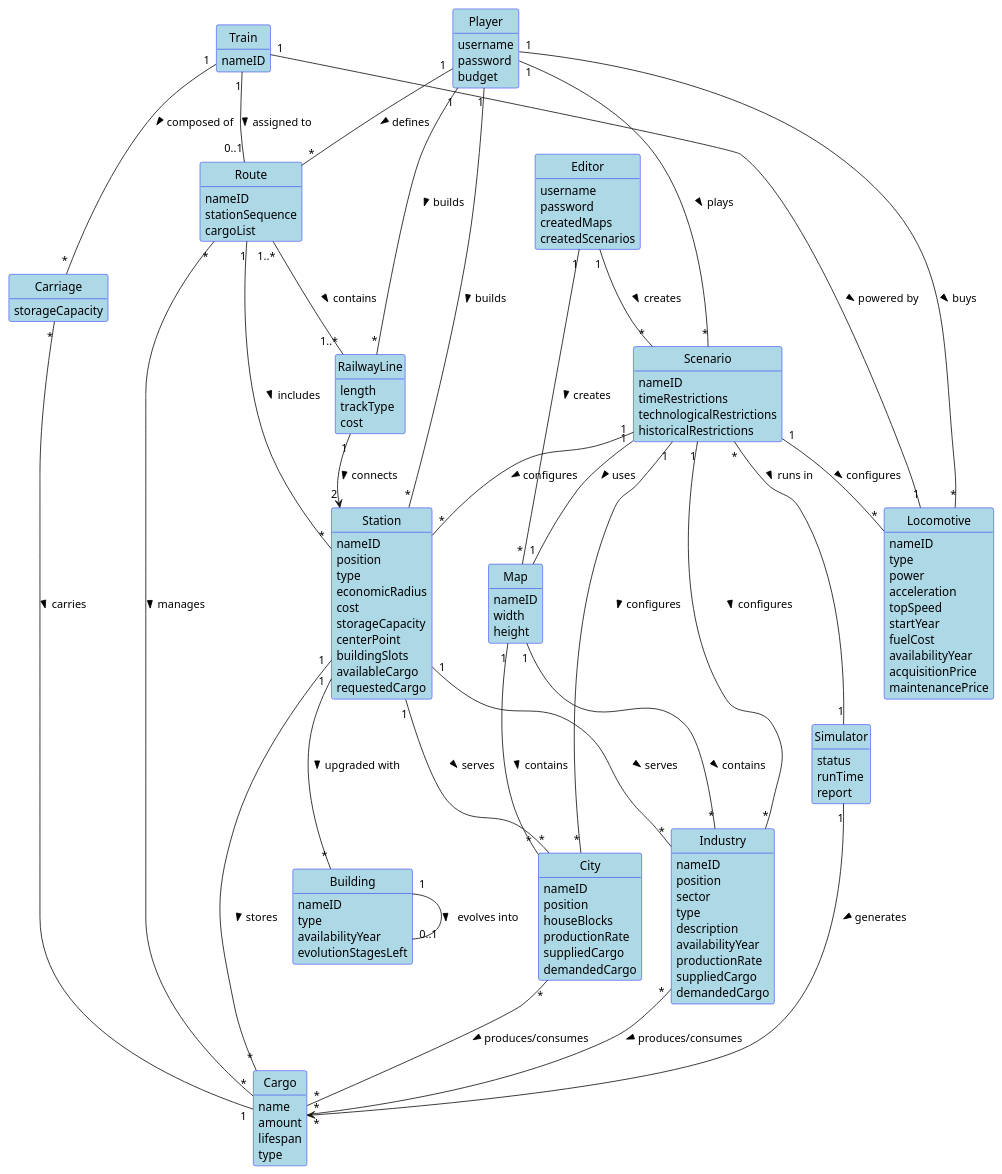
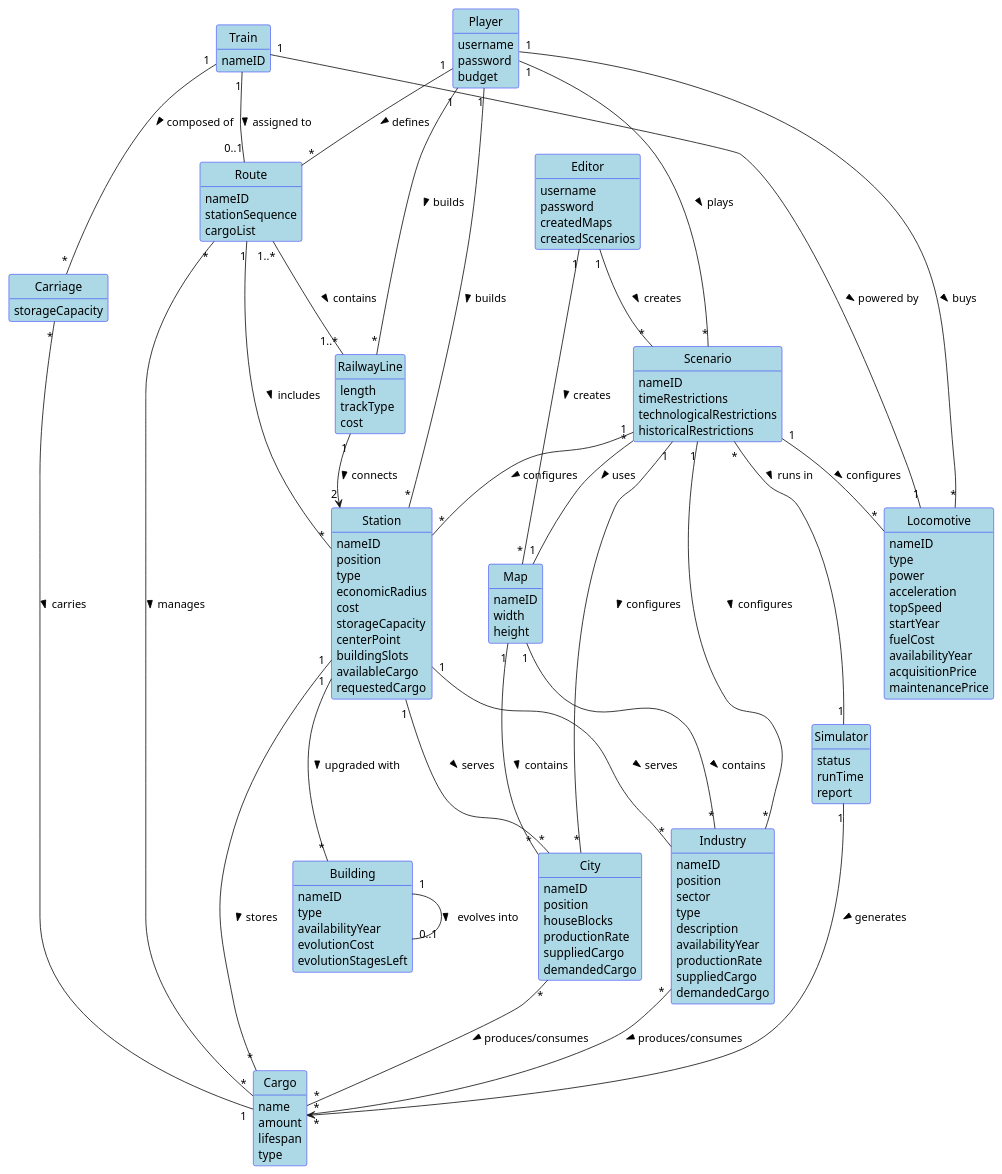
The diagram in docs/system-documentation/global-artifacts/02.analysis/puml/DomainModel_ESOFT.puml (HenriqueSilva18/Railway-Network-Simulator), drawn with PlantUML before and after one commit. The commit also changed 2 other files, not shown here.

```diff
--- a/docs/system-documentation/global-artifacts/02.analysis/puml/DomainModel_ESOFT.puml
+++ b/docs/system-documentation/global-artifacts/02.analysis/puml/DomainModel_ESOFT.puml
@@ -1,167 +1,168 @@
 @startuml
 skinparam shadowing false
 skinparam classAttributeIconSize 0
 skinparam class {
   BackgroundColor LightBlue
   BorderColor Blue
 }
 skinparam enum {
   BackgroundColor LightBlue
   BorderColor Blue
 }
 hide circle
 hide methods
 
 class Player {
   username
   password
   budget
 }
 class Editor {
     username
     password
     createdMaps
     createdScenarios
 }
 class Map {
   nameID
   width
   height
 }
 class Scenario {
   nameID
   timeRestrictions
   technologicalRestrictions
   historicalRestrictions
 }
 class Simulator {
   status
   runTime
   report
 }
 class City {
   nameID
   position
   houseBlocks
   productionRate
   suppliedCargo
   demandedCargo
 }
 
 class Industry {
   nameID
   position
   sector
   type
   description
   availabilityYear
   productionRate
   suppliedCargo
   demandedCargo
 }
 
 
 class Cargo {
   name
   amount
   lifespan
   type
 }
 class Station {
   nameID
   position
   type
   economicRadius
   cost
   storageCapacity
   centerPoint
   buildingSlots
   availableCargo
   requestedCargo
 }
 class Building {
   nameID
   type
   availabilityYear
+  evolutionCost
   evolutionStagesLeft
 }
 class RailwayLine {
   length
   trackType
   cost
 }
 class Locomotive {
   nameID
   type
   power
   acceleration
   topSpeed
   startYear
   fuelCost
   availabilityYear
   acquisitionPrice
   maintenancePrice
 }
 class Train {
   nameID
 }
 class Carriage {
   storageCapacity
 }
 class Route {
   nameID
   stationSequence
   cargoList
 }
 
 
 
 ' Relationships with revised multiplicities
 
 Editor "1" -- "*" Map : creates >
 Editor "1" -- "*" Scenario : creates >
 
-Scenario "1" -- "1" Map : uses >
+Scenario "*" -- "1" Map : uses >
 Player "1" -- "*" Scenario : plays >
 Scenario "*" -- "1" Simulator : runs in >
 
 Map "1" -- "*" City : contains >
 Map "1" -- "*" Industry : contains >
 
 Industry "*" -- "*" Cargo : produces/consumes >
 City "*" -- "*" Cargo : produces/consumes >
 
 Player "1" -- "*" Station : builds >
 Player "1" -- "*" RailwayLine : builds >
 Station "1" -- "*" Building : upgraded with >
 
 Station "1" -- "*" City : serves >
 Station "1" -- "*" Industry : serves >
 Station "1" -- "*" Cargo : stores >
 
 RailwayLine "1" --> "2" Station : connects >
 
 Player "1" -- "*" Locomotive : buys >
 Train "1" -- "1" Locomotive : powered by >
 Train "1" -- "*" Carriage : composed of >
 Carriage "*" -- "1" Cargo : carries >
 
 Train "1" -- "0..1" Route : assigned to >
 Route "1" -- "*" Station : includes >
 Route "*" -- "*" Cargo : manages >
 
 Scenario "1" -- "*" Locomotive : configures >
 Scenario "1" -- "*" Industry : configures >
 Scenario "1" -- "*" Station : configures >
 
 Route "1..*"-- "1..*" RailwayLine: contains >
 
 Building "1" -- "0..1" Building : evolves into >
 
 Player "1" -- "*" Route: defines >
 
 Simulator "1" --> "*" Cargo : generates >
 
 Scenario "1" -- "*" City : configures >
 
 @enduml
```
